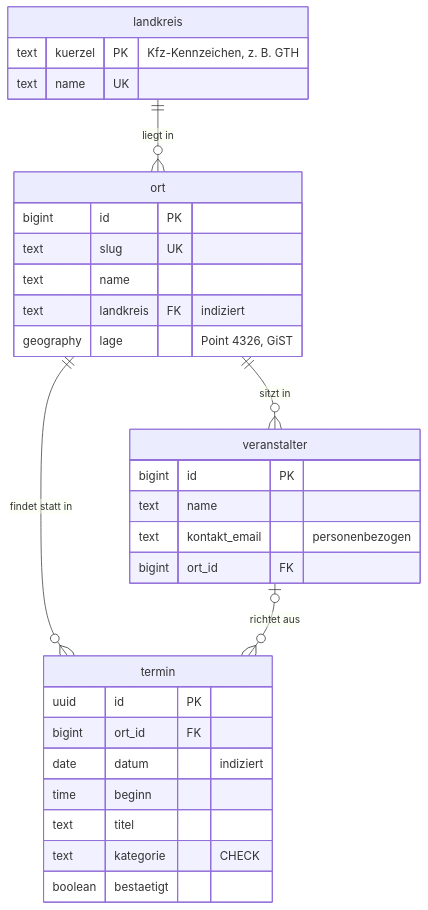
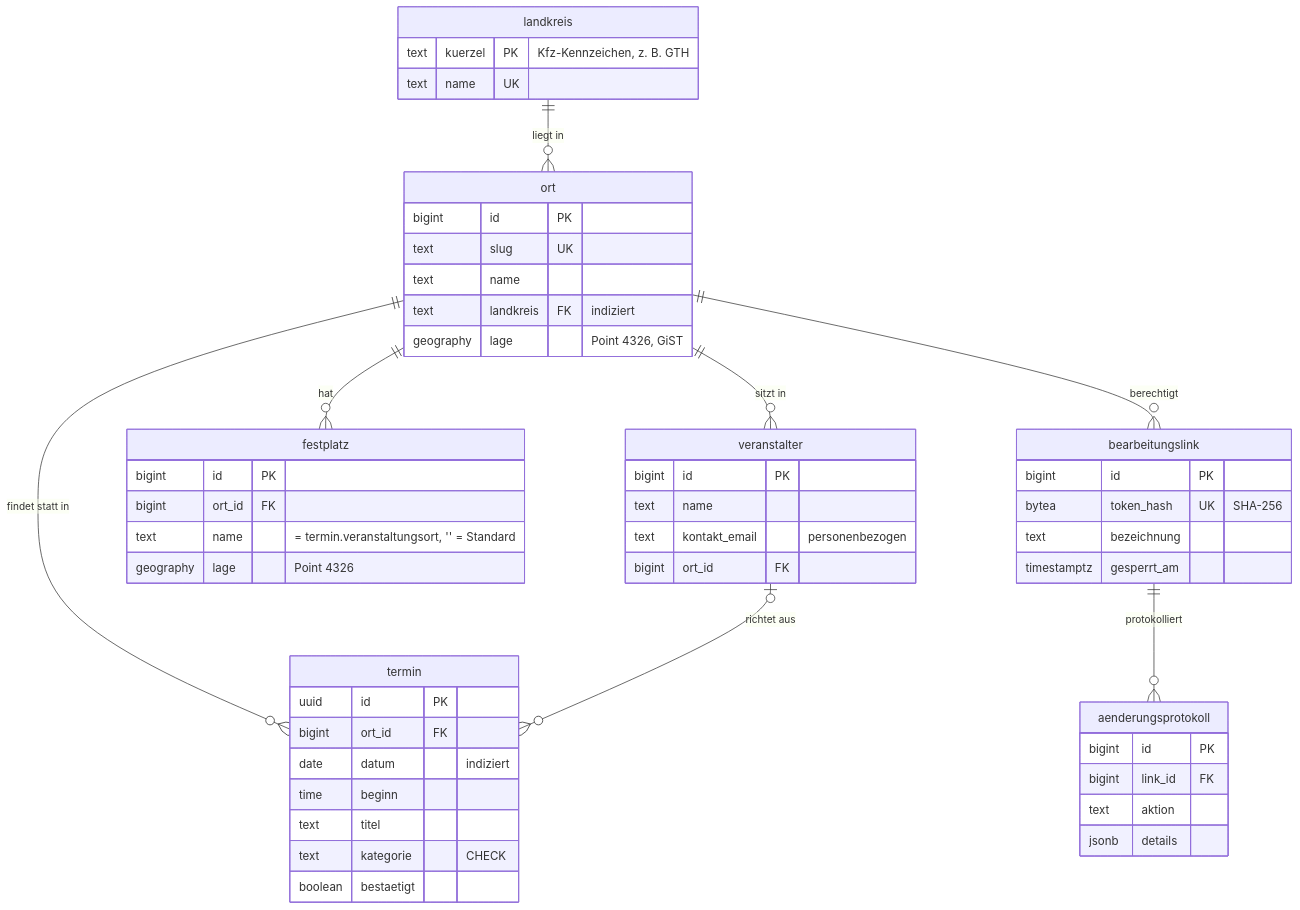
The third of 3 diagrams in docs/architecture/05-bausteinsicht.md (dschaell/kirmes-thueringen), drawn with Mermaid before and after one commit. The commit also changed other lines of this file and 66 other files, not shown here.

````diff
--- a/docs/architecture/05-bausteinsicht.md
+++ b/docs/architecture/05-bausteinsicht.md
@@ -112,11 +114,17 @@
 ```mermaid
 erDiagram
   landkreis ||--o{ ort : "liegt in"
   ort ||--o{ termin : "findet statt in"
   ort ||--o{ veranstalter : "sitzt in"
+  ort ||--o{ festplatz : "hat"
+  ort ||--o{ bearbeitungslink : "berechtigt"
+  bearbeitungslink ||--o{ aenderungsprotokoll : "protokolliert"
   veranstalter |o--o{ termin : "richtet aus"
   landkreis { text kuerzel PK "Kfz-Kennzeichen, z. B. GTH" text name UK }
   ort { bigint id PK text slug UK text name text landkreis FK "indiziert" geography lage "Point 4326, GiST" }
   veranstalter { bigint id PK text name text kontakt_email "personenbezogen" bigint ort_id FK }
+  festplatz { bigint id PK bigint ort_id FK text name "= termin.veranstaltungsort, '' = Standard" geography lage "Point 4326" }
+  bearbeitungslink { bigint id PK bytea token_hash UK "SHA-256" text bezeichnung timestamptz gesperrt_am }
+  aenderungsprotokoll { bigint id PK bigint link_id FK text aktion jsonb details }
   termin { uuid id PK bigint ort_id FK date datum "indiziert" time beginn text titel text kategorie "CHECK" boolean bestaetigt }
 ```
````
